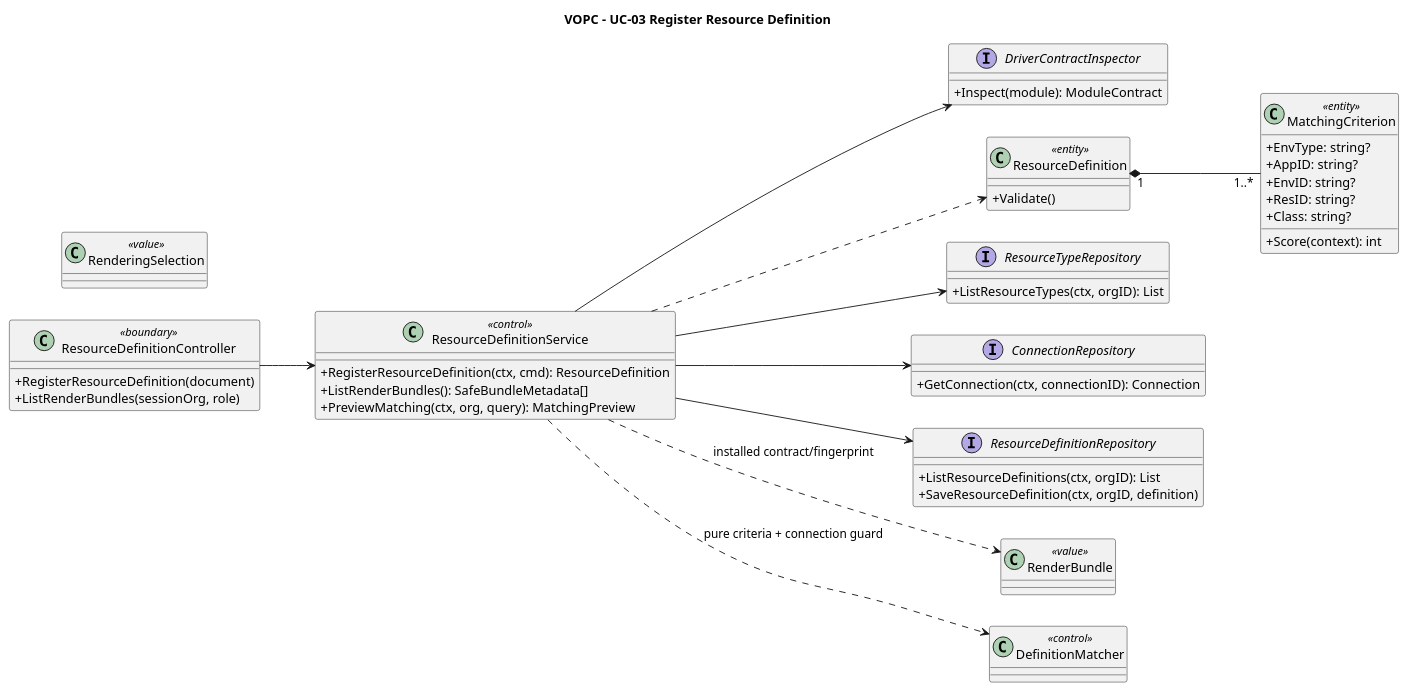
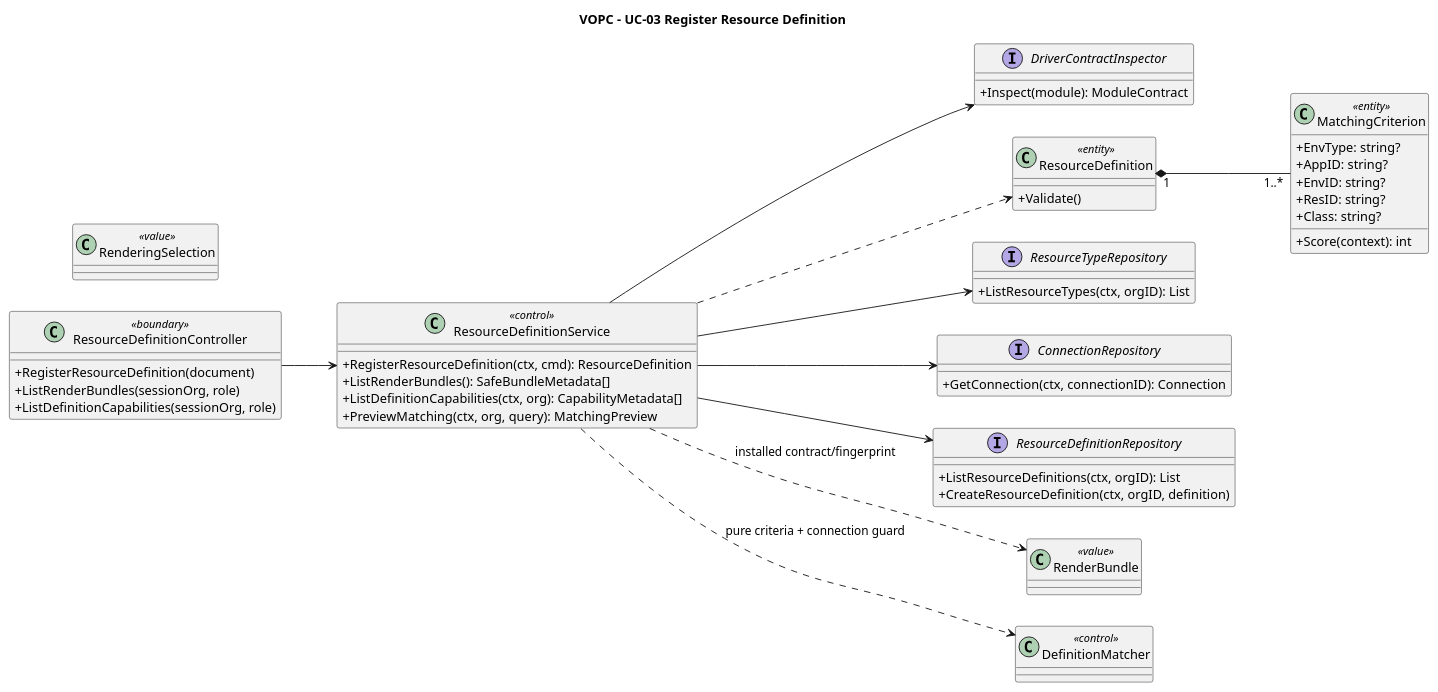
The diagram in orchestrator_docs/usecase/UC-03/vopc.puml (pr3s3nt/poc), drawn with PlantUML before and after one commit. The commit also changed 43 other files, not shown here.

Commit message:
T31: add authoritative capabilities and typed definition forms

```diff
--- a/orchestrator_docs/usecase/UC-03/vopc.puml
+++ b/orchestrator_docs/usecase/UC-03/vopc.puml
@@ -1,50 +1,52 @@
 @startuml
 title VOPC - UC-03 Register Resource Definition
 left to right direction
 skinparam classAttributeIconSize 0
 class ResourceDefinitionController <<boundary>> {
   +RegisterResourceDefinition(document)
   +ListRenderBundles(sessionOrg, role)
+  +ListDefinitionCapabilities(sessionOrg, role)
 }
 class ResourceDefinitionService <<control>> {
   +RegisterResourceDefinition(ctx, cmd): ResourceDefinition
   +ListRenderBundles(): SafeBundleMetadata[]
-    +PreviewMatching(ctx, org, query): MatchingPreview
+  +ListDefinitionCapabilities(ctx, org): CapabilityMetadata[]
+  +PreviewMatching(ctx, org, query): MatchingPreview
 }
 interface DriverContractInspector {
   +Inspect(module): ModuleContract
 }
 class ResourceDefinition <<entity>> {
   +Validate()
 }
 class MatchingCriterion <<entity>> {
   +EnvType: string?
   +AppID: string?
   +EnvID: string?
   +ResID: string?
   +Class: string?
   +Score(context): int
 }
 interface ResourceTypeRepository {
   +ListResourceTypes(ctx, orgID): List
 }
 interface ConnectionRepository {
   +GetConnection(ctx, connectionID): Connection
 }
 interface ResourceDefinitionRepository {
   +ListResourceDefinitions(ctx, orgID): List
-  +SaveResourceDefinition(ctx, orgID, definition)
+  +CreateResourceDefinition(ctx, orgID, definition)
 }
 ResourceDefinitionController --> ResourceDefinitionService
 ResourceDefinitionService --> DriverContractInspector
 ResourceDefinitionService --> ResourceTypeRepository
 ResourceDefinitionService --> ConnectionRepository
 ResourceDefinitionService --> ResourceDefinitionRepository
 ResourceDefinitionService ..> ResourceDefinition
 ResourceDefinition "1" *-- "1..*" MatchingCriterion
 class RenderBundle <<value>>
 class RenderingSelection <<value>>
 ResourceDefinitionService ..> RenderBundle : installed contract/fingerprint
 class DefinitionMatcher <<control>>
 ResourceDefinitionService ..> DefinitionMatcher : pure criteria + connection guard
 @enduml
```
